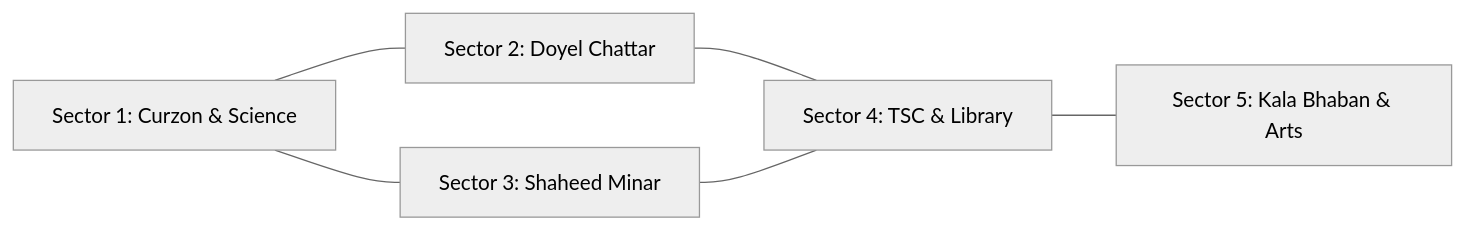
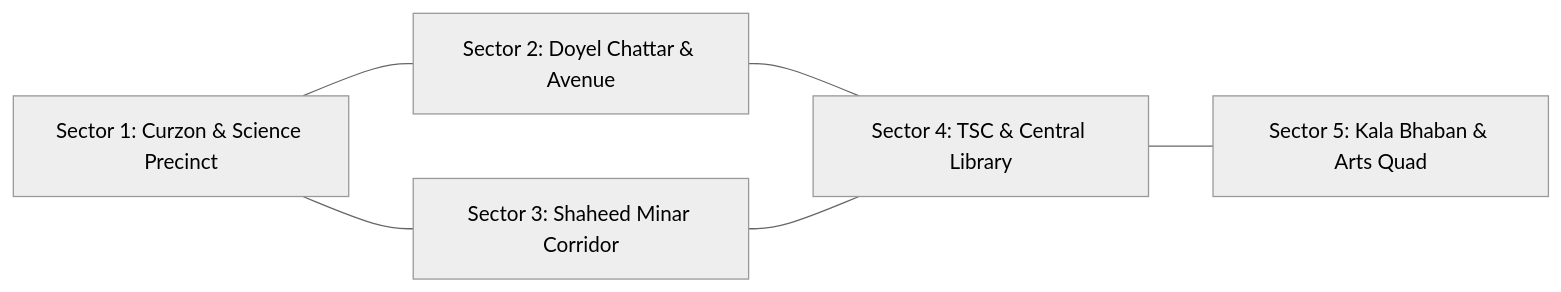
The diagram in README.md (AtiaAbk/sparkvision), drawn with Mermaid (neutral theme) before and after one commit. The commit also changed other lines of this file and 26 other files, not shown here.

````diff
--- a/README.md
+++ b/README.md
@@ -97,8 +110,8 @@
 ```mermaid
 flowchart LR
-    S1["Sector 1: Curzon & Science"] --- S2["Sector 2: Doyel Chattar"]
-    S2 --- S4["Sector 4: TSC & Library"]
-    S1 --- S3["Sector 3: Shaheed Minar"]
+    S1["Sector 1: Curzon & Science Precinct"] --- S2["Sector 2: Doyel Chattar & Avenue"]
+    S2 --- S4["Sector 4: TSC & Central Library"]
+    S1 --- S3["Sector 3: Shaheed Minar Corridor"]
     S3 --- S4
-    S4 --- S5["Sector 5: Kala Bhaban & Arts"]
+    S4 --- S5["Sector 5: Kala Bhaban & Arts Quad"]
 ```
````
